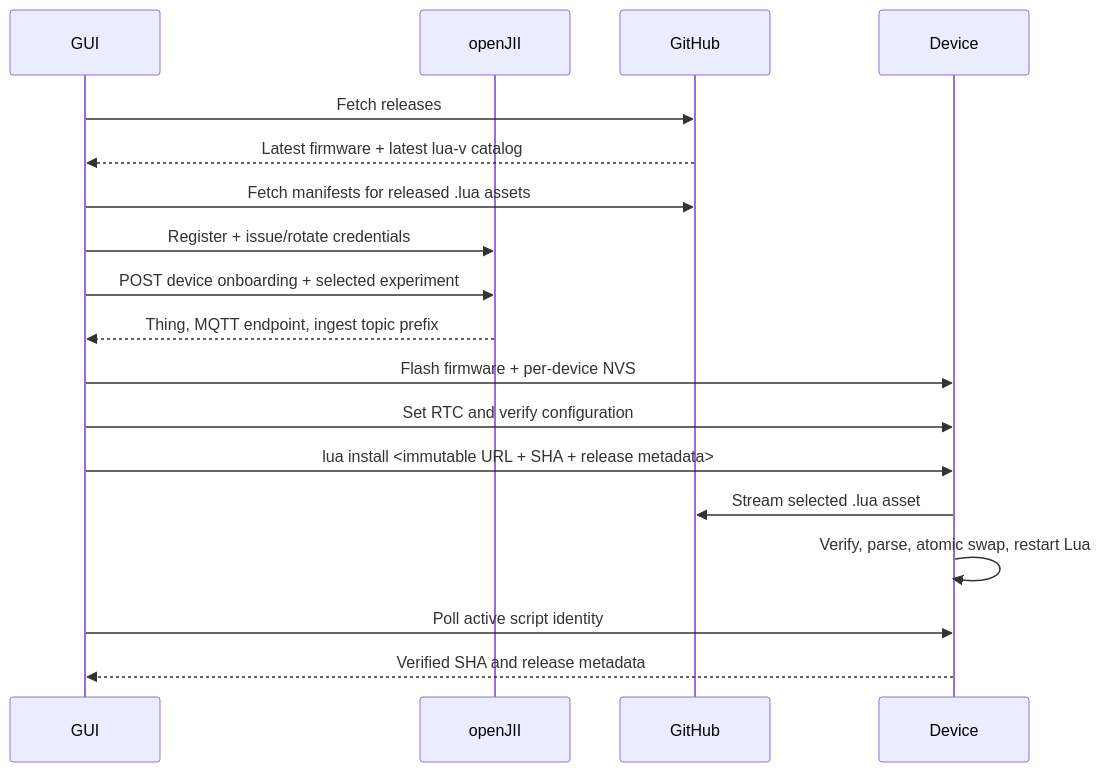
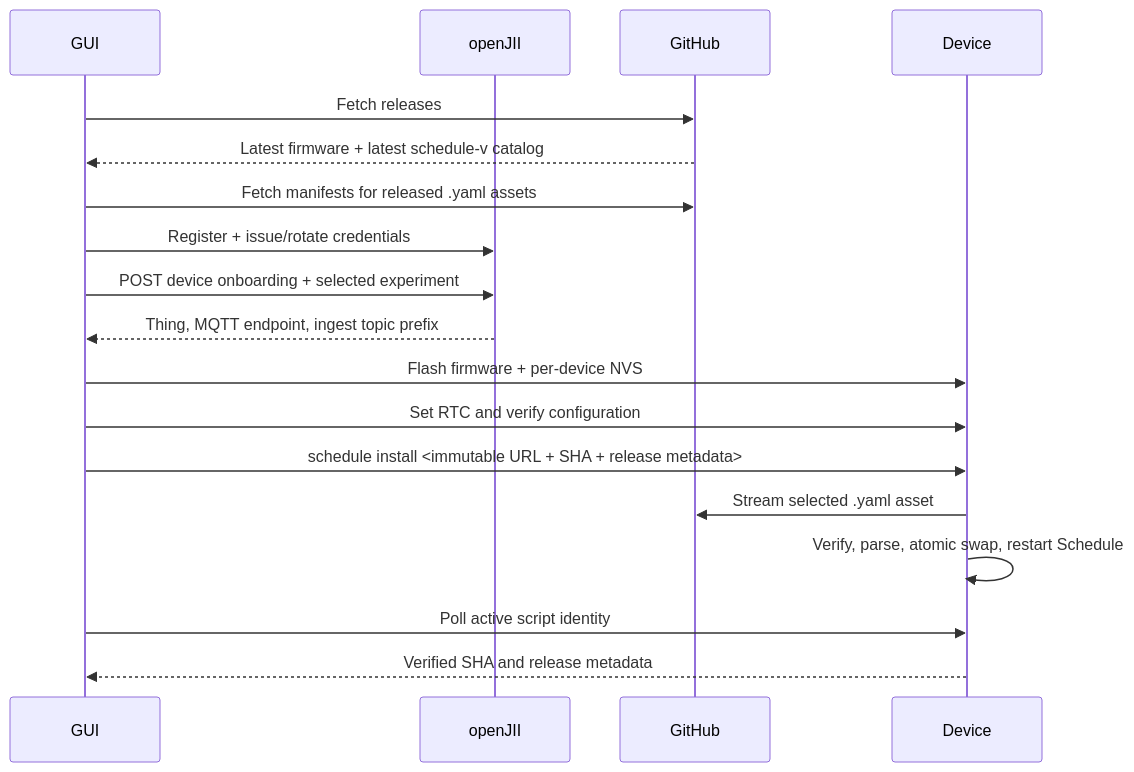
One commit to Jan-IngenHousz-Institute/ambyte-iot changed the diagram in flash_gui/README.md. Above: the diagram before and after it, drawn with Mermaid. The commit also changed other lines of this file and 206 other files, not shown here.

Commit message:
feat(schedule)!: replace Lua automation with declarative YAML

````diff
--- a/flash_gui/README.md
+++ b/flash_gui/README.md
@@ -262,20 +262,20 @@
 ```mermaid
 sequenceDiagram
     participant GUI
     participant openJII
     participant GitHub
     participant Device
     GUI->>GitHub: Fetch releases
-    GitHub-->>GUI: Latest firmware + latest lua-v catalog
-    GUI->>GitHub: Fetch manifests for released .lua assets
+    GitHub-->>GUI: Latest firmware + latest schedule-v catalog
+    GUI->>GitHub: Fetch manifests for released .yaml assets
     GUI->>openJII: Register + issue/rotate credentials
     GUI->>openJII: POST device onboarding + selected experiment
     openJII-->>GUI: Thing, MQTT endpoint, ingest topic prefix
     GUI->>Device: Flash firmware + per-device NVS
     GUI->>Device: Set RTC and verify configuration
-    GUI->>Device: lua install <immutable URL + SHA + release metadata>
-    Device->>GitHub: Stream selected .lua asset
-    Device->>Device: Verify, parse, atomic swap, restart Lua
+    GUI->>Device: schedule install <immutable URL + SHA + release metadata>
+    Device->>GitHub: Stream selected .yaml asset
+    Device->>Device: Verify, parse, atomic swap, restart Schedule
     GUI->>Device: Poll active script identity
     Device-->>GUI: Verified SHA and release metadata
 ```
````
